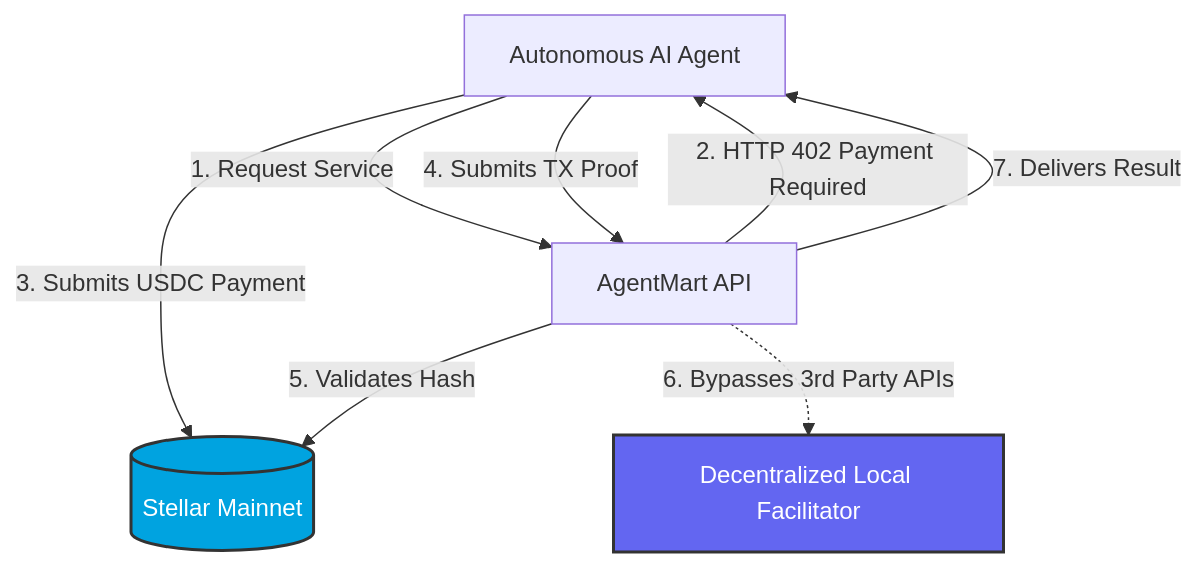
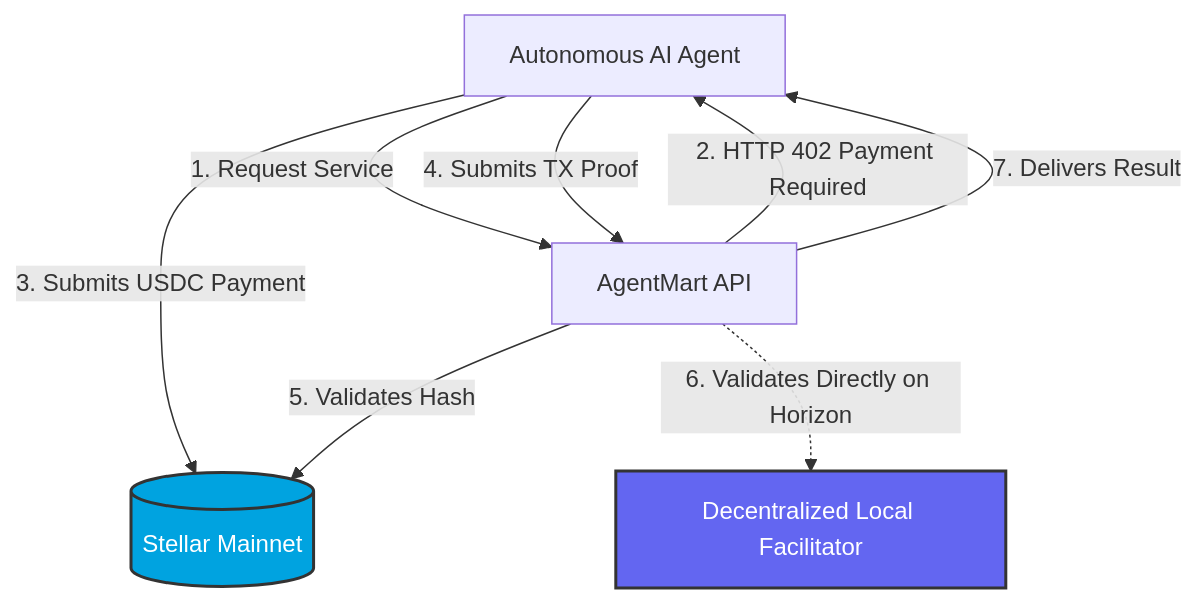
One commit to keoyle52/AgentMart changed the diagram in README.md. Above: the diagram before and after it, drawn with Mermaid. The commit also changed other lines of this file, not shown here.

Commit message:
docs: remove placeholder banner and fix diagram terminology per review

````diff
--- a/README.md
+++ b/README.md
@@ -53,13 +51,13 @@
 ```mermaid
 graph TD
     A[Autonomous AI Agent] -->|1. Request Service| B[AgentMart API]
     B -->|2. HTTP 402 Payment Required| A
     A -->|3. Submits USDC Payment| C[(Stellar Mainnet)]
     A -->|4. Submits TX Proof| B
     B -->|5. Validates Hash| C
-    B -.->|6. Bypasses 3rd Party APIs| D[Decentralized Local Facilitator]
+    B -.->|6. Validates Directly on Horizon| D[Decentralized Local Facilitator]
     B -->|7. Delivers Result| A
     
     style C fill:#00a3e0,stroke:#333,stroke-width:2px,color:#fff
     style D fill:#6366f1,stroke:#333,stroke-width:2px,color:#fff
 ```
````
